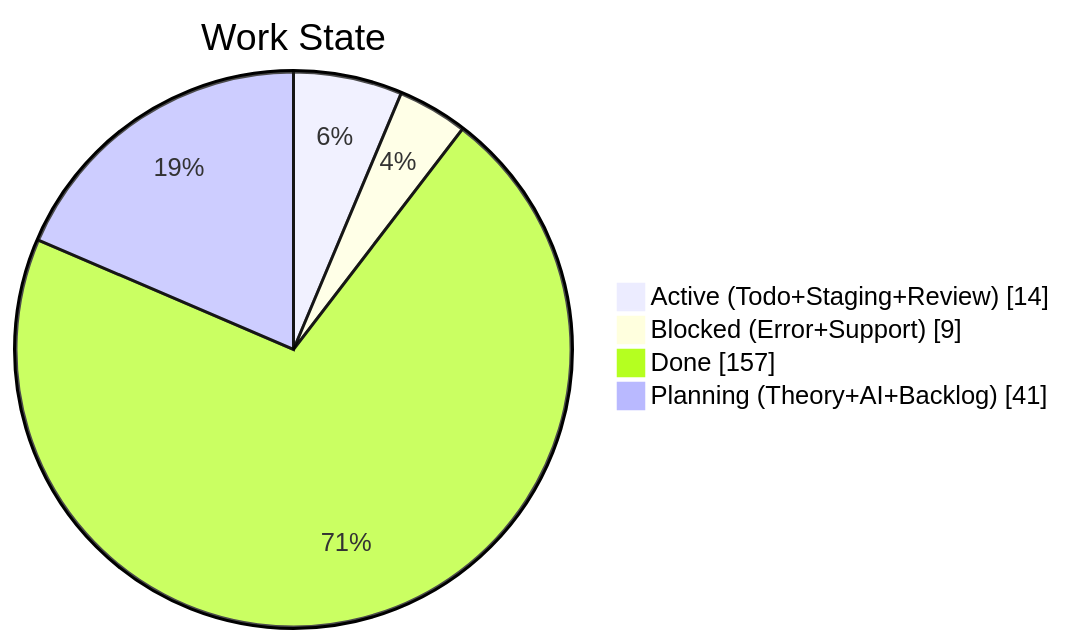
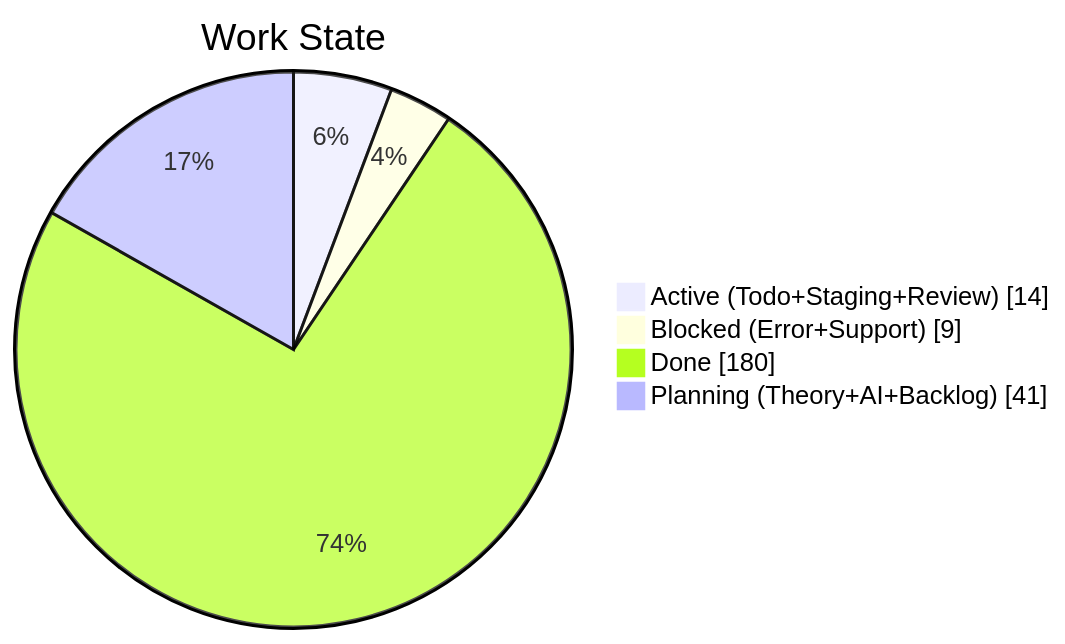
One commit to KBVE/kbve changed the second of 4 diagrams in apps/kbve/astro-kbve/src/content/docs/dashboard/kanban-data.mdx. Above: the diagram before and after it, drawn with Mermaid. The commit also changed other lines of this file and 8 other files, not shown here.

````diff
--- a/apps/kbve/astro-kbve/src/content/docs/dashboard/kanban-data.mdx
+++ b/apps/kbve/astro-kbve/src/content/docs/dashboard/kanban-data.mdx
@@ -68,8 +68,8 @@
 ```mermaid
 pie showData
     title Work State
     "Active (Todo+Staging+Review)" : 14
     "Blocked (Error+Support)" : 9
-    "Done" : 157
+    "Done" : 180
     "Planning (Theory+AI+Backlog)" : 41
 ```
````
